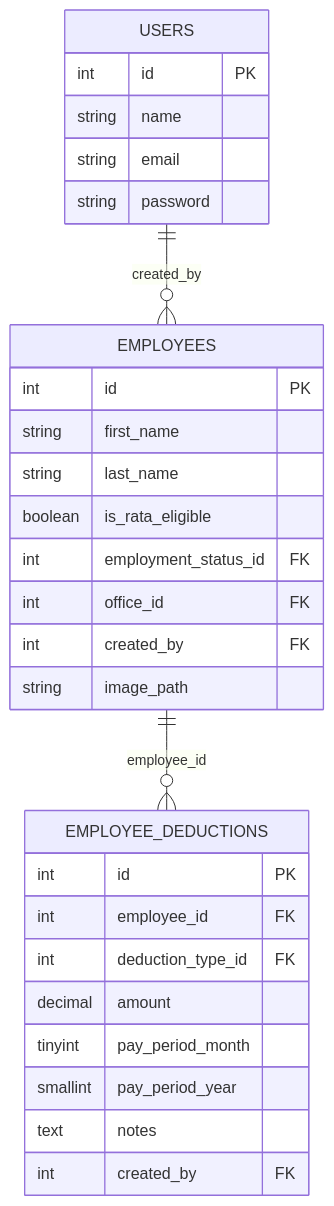
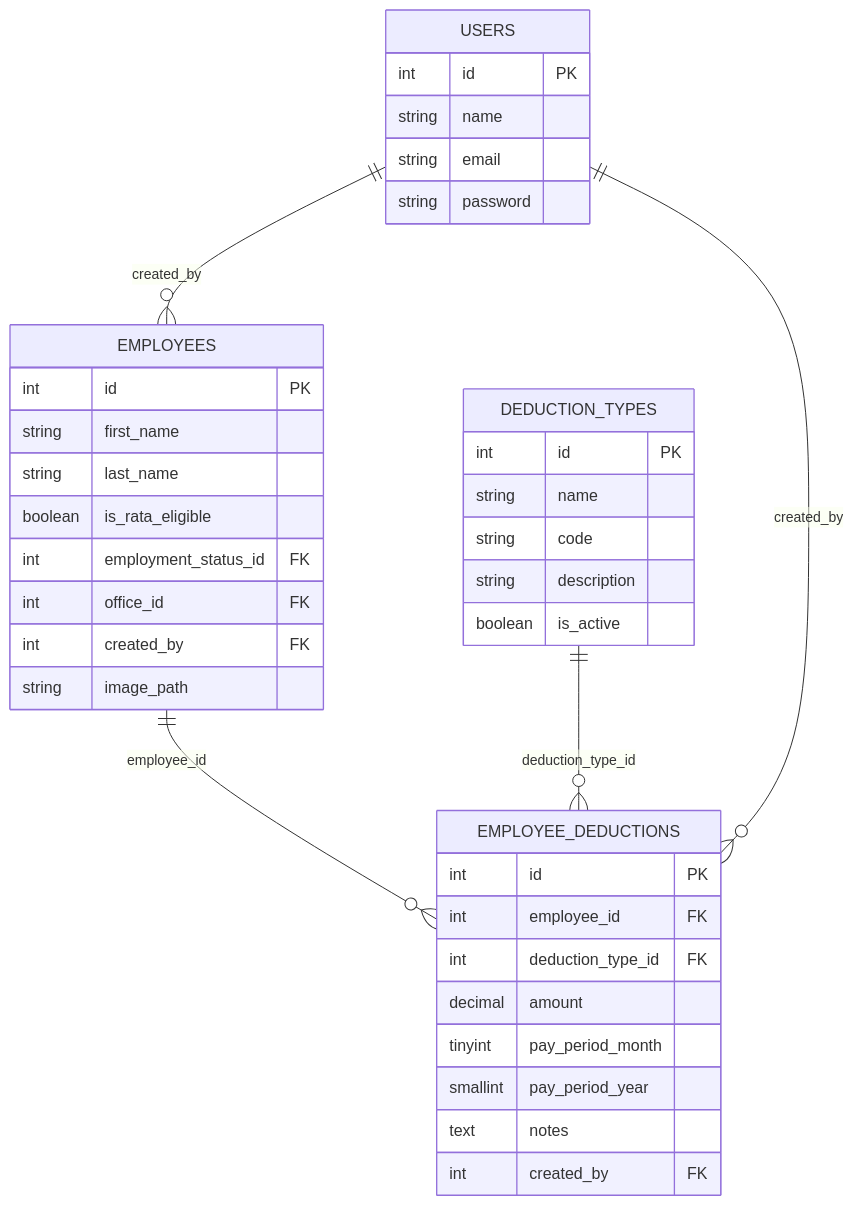
Before and after one commit to vincet0t15/template: the eighth of 9 diagrams in .qoder/repowiki/en/content/Architecture Overview/Backend Architecture.md, drawn with Mermaid. The commit also changed other lines of this file and 8 other files, not shown here.

````diff
--- a/.qoder/repowiki/en/content/Architecture Overview/Backend Architecture.md
+++ b/.qoder/repowiki/en/content/Architecture Overview/Backend Architecture.md
@@ -369,31 +474,40 @@
 ```mermaid
 erDiagram
 USERS {
 int id PK
 string name
 string email
 string password
 }
 EMPLOYEES {
 int id PK
 string first_name
 string last_name
 boolean is_rata_eligible
 int employment_status_id FK
 int office_id FK
 int created_by FK
 string image_path
 }
+DEDUCTION_TYPES {
+int id PK
+string name
+string code
+string description
+boolean is_active
+}
 EMPLOYEE_DEDUCTIONS {
 int id PK
 int employee_id FK
 int deduction_type_id FK
 decimal amount
 tinyint pay_period_month
 smallint pay_period_year
 text notes
 int created_by FK
 }
 USERS ||--o{ EMPLOYEES : "created_by"
 EMPLOYEES ||--o{ EMPLOYEE_DEDUCTIONS : "employee_id"
+DEDUCTION_TYPES ||--o{ EMPLOYEE_DEDUCTIONS : "deduction_type_id"
+USERS ||--o{ EMPLOYEE_DEDUCTIONS : "created_by"
 ```
````
